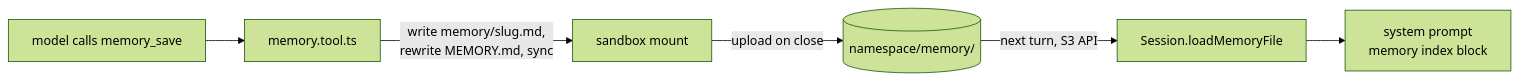
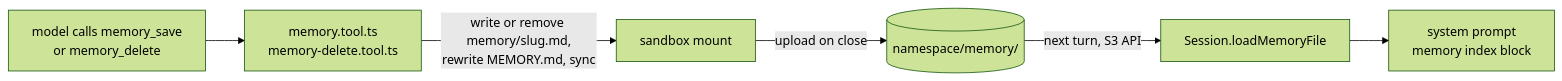
The seventh of 8 diagrams in apps/docs/docs/internals/storage.md (beeblastco/broods), drawn with Mermaid (forest theme) before and after one commit. The commit also changed other lines of this file and 28 other files, not shown here.

First line of the commit message:
feat(core): let agents delete a memory (#1580)

````diff
--- a/apps/docs/docs/internals/storage.md
+++ b/apps/docs/docs/internals/storage.md
@@ -164,8 +164,8 @@
 ```mermaid
 flowchart LR
-  Model["model calls memory_save"] --> Tool["memory.tool.ts"]
-  Tool -->|"write memory/slug.md,<br/>rewrite MEMORY.md, sync"| Mount["sandbox mount"]
+  Model["model calls memory_save<br/>or memory_delete"] --> Tool["memory.tool.ts<br/>memory-delete.tool.ts"]
+  Tool -->|"write or remove memory/slug.md,<br/>rewrite MEMORY.md, sync"| Mount["sandbox mount"]
   Mount -->|"upload on close"| S3[("namespace/memory/")]
   S3 -->|"next turn, S3 API"| Load["Session.loadMemoryFile"]
   Load --> Prompt["system prompt<br/>memory index block"]
 ```
````
